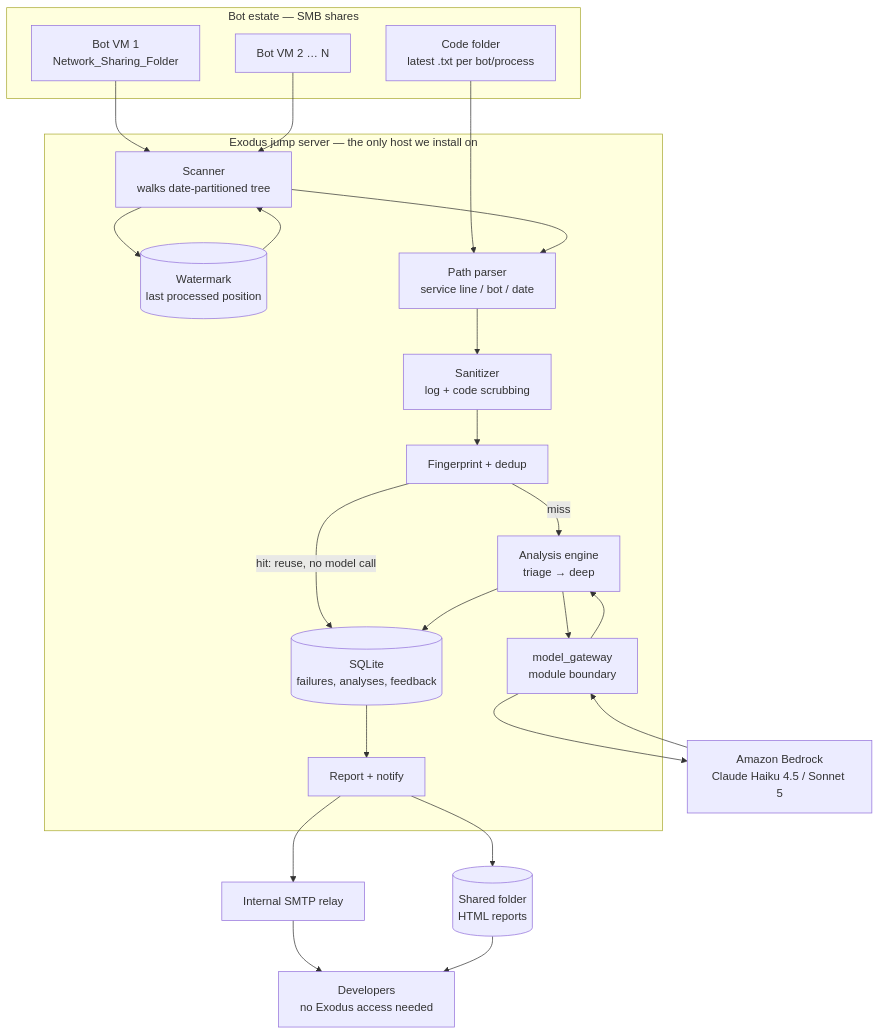
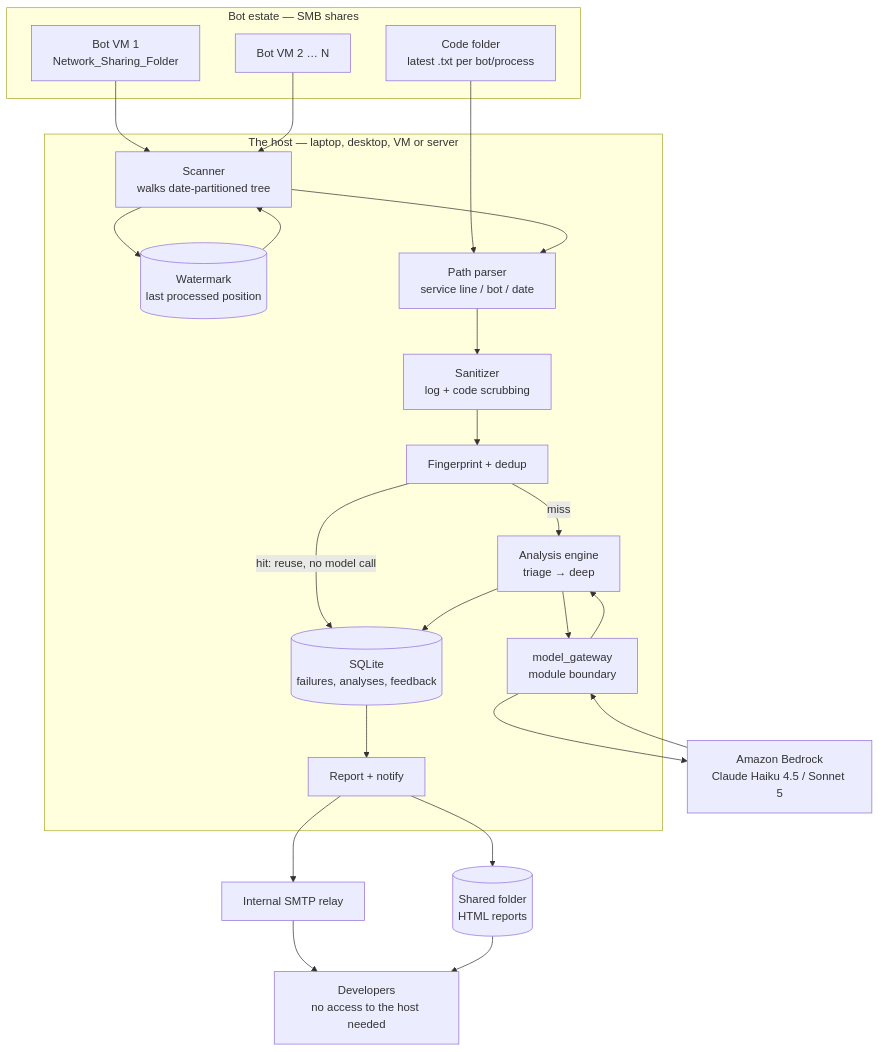
The diagram in docs/ARCHITECTURE.md (KalkiTerminator/Eagle_Eyes), drawn with Mermaid before and after one commit. The commit also changed other lines of this file and 8 other files, not shown here.

````diff
--- a/docs/ARCHITECTURE.md
+++ b/docs/ARCHITECTURE.md
@@ -178,46 +209,46 @@
 ```mermaid
 flowchart TB
     subgraph Estate["Bot estate — SMB shares"]
         V1["Bot VM 1<br/>Network_Sharing_Folder"]
         V2["Bot VM 2 … N"]
         CF["Code folder<br/>latest .txt per bot/process"]
     end
 
-    subgraph Exodus["Exodus jump server — the only host we install on"]
+    subgraph Host["The host — laptop, desktop, VM or server"]
         SC["Scanner<br/>walks date-partitioned tree"]
         WM[("Watermark<br/>last processed position")]
         PR["Path parser<br/>service line / bot / date"]
         SA["Sanitizer<br/>log + code scrubbing"]
         FP["Fingerprint + dedup"]
         DB[("SQLite<br/>failures, analyses, feedback")]
         AN["Analysis engine<br/>triage → deep"]
         MG["model_gateway<br/>module boundary"]
         RP["Report + notify"]
     end
 
     BR["Amazon Bedrock<br/>Claude Haiku 4.5 / Sonnet 5"]
     SM["Internal SMTP relay"]
     OUT[("Shared folder<br/>HTML reports")]
-    DEV["Developers<br/>no Exodus access needed"]
+    DEV["Developers<br/>no access to the host needed"]
 
     V1 --> SC
     V2 --> SC
     CF --> PR
     SC --> WM
     WM --> SC
     SC --> PR
     PR --> SA
     SA --> FP
     FP -->|"hit: reuse, no model call"| DB
     FP -->|"miss"| AN
     AN --> MG
     MG --> BR
     BR --> MG
     MG --> AN
     AN --> DB
     DB --> RP
     RP --> SM
     RP --> OUT
     SM --> DEV
     OUT --> DEV
 ```
````
